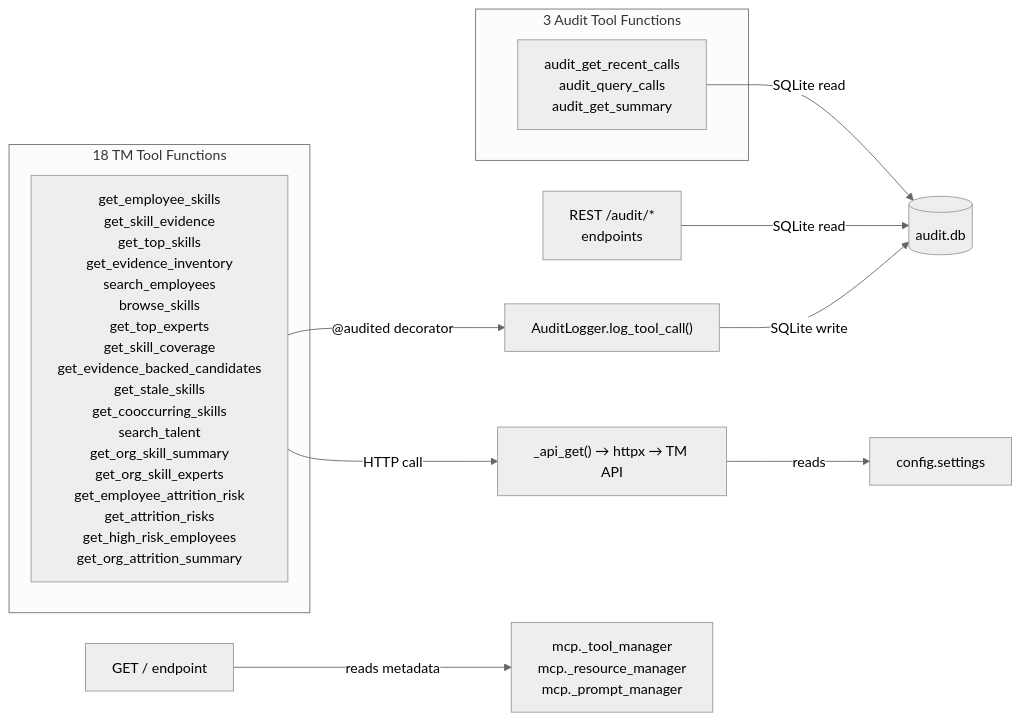
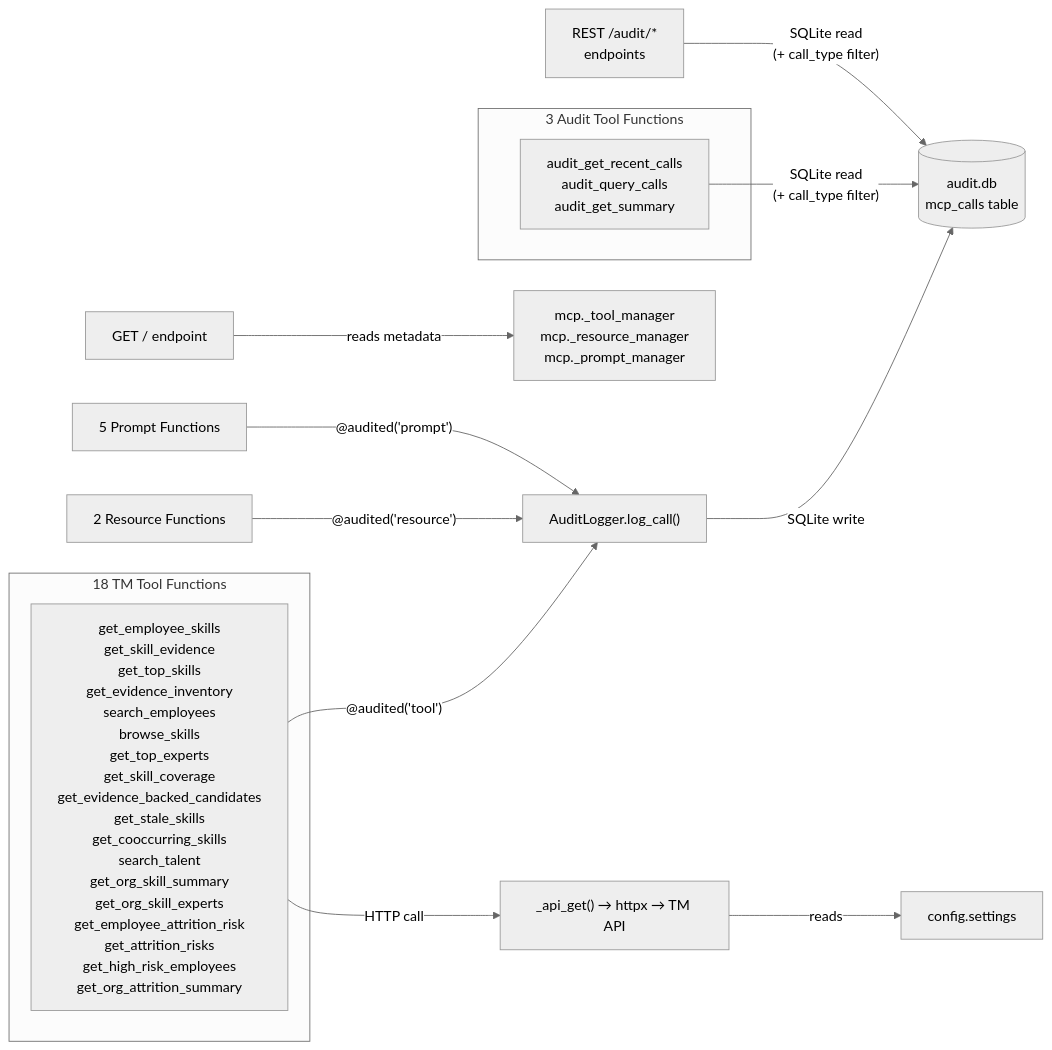
The third of 4 diagrams in docs/dependency-graph.md (pradeepj-prj/tm-mcp-server-v2), drawn with Mermaid (neutral theme) before and after one commit. The commit also changed other lines of this file and 2 other files, not shown here.

First line of the commit message:
Update architecture docs for resource/prompt audit logging

````diff
--- a/docs/dependency-graph.md
+++ b/docs/dependency-graph.md
@@ -198,20 +209,23 @@
 ```mermaid
 graph LR
     subgraph "18 TM Tool Functions"
         TMTools["get_employee_skills<br/>get_skill_evidence<br/>get_top_skills<br/>get_evidence_inventory<br/>search_employees<br/>browse_skills<br/>get_top_experts<br/>get_skill_coverage<br/>get_evidence_backed_candidates<br/>get_stale_skills<br/>get_cooccurring_skills<br/>search_talent<br/>get_org_skill_summary<br/>get_org_skill_experts<br/>get_employee_attrition_risk<br/>get_attrition_risks<br/>get_high_risk_employees<br/>get_org_attrition_summary"]
     end
 
     subgraph "3 Audit Tool Functions"
         AuditTools["audit_get_recent_calls<br/>audit_query_calls<br/>audit_get_summary"]
     end
 
-    TMTools -->|"@audited decorator"| AuditLog["AuditLogger.log_tool_call()"]
+    TMTools -->|"@audited('tool')"| AuditLog["AuditLogger.log_call()"]
     TMTools -->|"HTTP call"| ApiGet["_api_get() → httpx → TM API"]
     ApiGet -->|"reads"| Config["config.settings"]
-    AuditLog -->|"SQLite write"| SQLite[("audit.db")]
+    AuditLog -->|"SQLite write"| SQLite[("audit.db<br/>mcp_calls table")]
 
-    AuditTools -->|"SQLite read"| SQLite
+    Resources["2 Resource Functions"] -->|"@audited('resource')"| AuditLog
+    Prompts["5 Prompt Functions"] -->|"@audited('prompt')"| AuditLog
 
-    REST["REST /audit/*<br/>endpoints"] -->|"SQLite read"| SQLite
+    AuditTools -->|"SQLite read<br/>(+ call_type filter)"| SQLite
+
+    REST["REST /audit/*<br/>endpoints"] -->|"SQLite read<br/>(+ call_type filter)"| SQLite
     UI["GET / endpoint"] -->|"reads metadata"| FastMCP["mcp._tool_manager<br/>mcp._resource_manager<br/>mcp._prompt_manager"]
 ```
````
